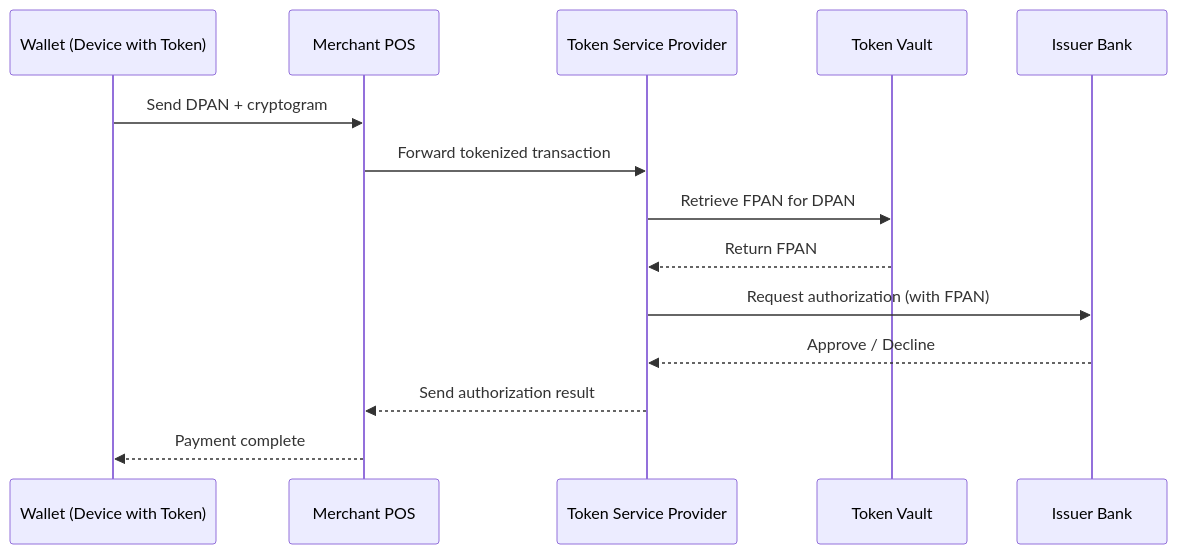
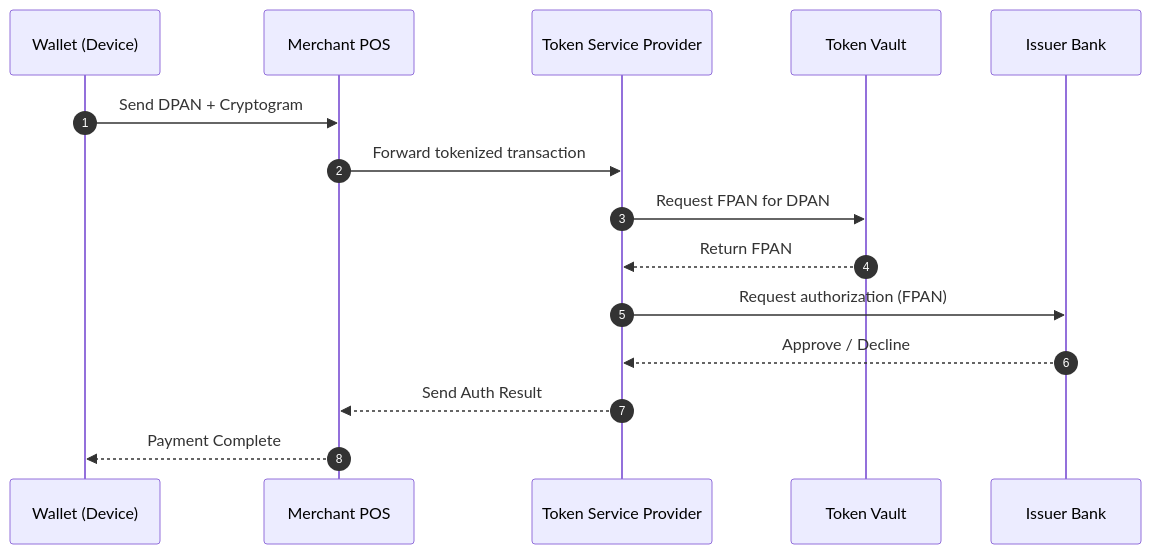
Before and after one commit to lorenzoleonelli/CISSP-Zero-to-Hero: the second of 2 diagrams in DOMAIN2: Asset Security/2.D.2 Mobile wallets (e.g., Apple Pay, Google Pay): tokenization in action.md, drawn with Mermaid. The commit also changed other lines of this file, not shown here.

Commit message:
Update 2.D.2 Mobile wallets (e.g., Apple Pay, Google Pay): tokenization in action.md

````diff
--- a/DOMAIN2: Asset Security/2.D.2 Mobile wallets (e.g., Apple Pay, Google Pay): tokenization in action.md
+++ b/DOMAIN2: Asset Security/2.D.2 Mobile wallets (e.g., Apple Pay, Google Pay): tokenization in action.md
@@ -56,20 +56,18 @@
 ```mermaid
 sequenceDiagram
-    participant Customer_Device as Wallet (Device with Token)
-    participant Merchant_POS as Merchant POS
+    autonumber
+    participant D as Wallet (Device)
+    participant POS as Merchant POS
     participant TSP as Token Service Provider
-    participant Token_Vault as Token Vault
-    participant Issuer_Bank as Issuer Bank
+    participant TV as Token Vault
+    participant IB as Issuer Bank
 
-    Customer_Device->>Merchant_POS: Send DPAN + cryptogram
-    Merchant_POS->>TSP: Forward tokenized transaction
-    TSP->>Token_Vault: Retrieve FPAN for DPAN
-    Token_Vault-->>TSP: Return FPAN
-    TSP->>Issuer_Bank: Request authorization (with FPAN)
-    Issuer_Bank-->>TSP: Approve / Decline
-    TSP-->>Merchant_POS: Send authorization result
-    Merchant_POS-->>Customer_Device: Payment complete
-
-
-
+    D->>POS: Send DPAN + Cryptogram
+    POS->>TSP: Forward tokenized transaction
+    TSP->>TV: Request FPAN for DPAN
+    TV-->>TSP: Return FPAN
+    TSP->>IB: Request authorization (FPAN)
+    IB-->>TSP: Approve / Decline
+    TSP-->>POS: Send Auth Result
+    POS-->>D: Payment Complete
 ```
````
